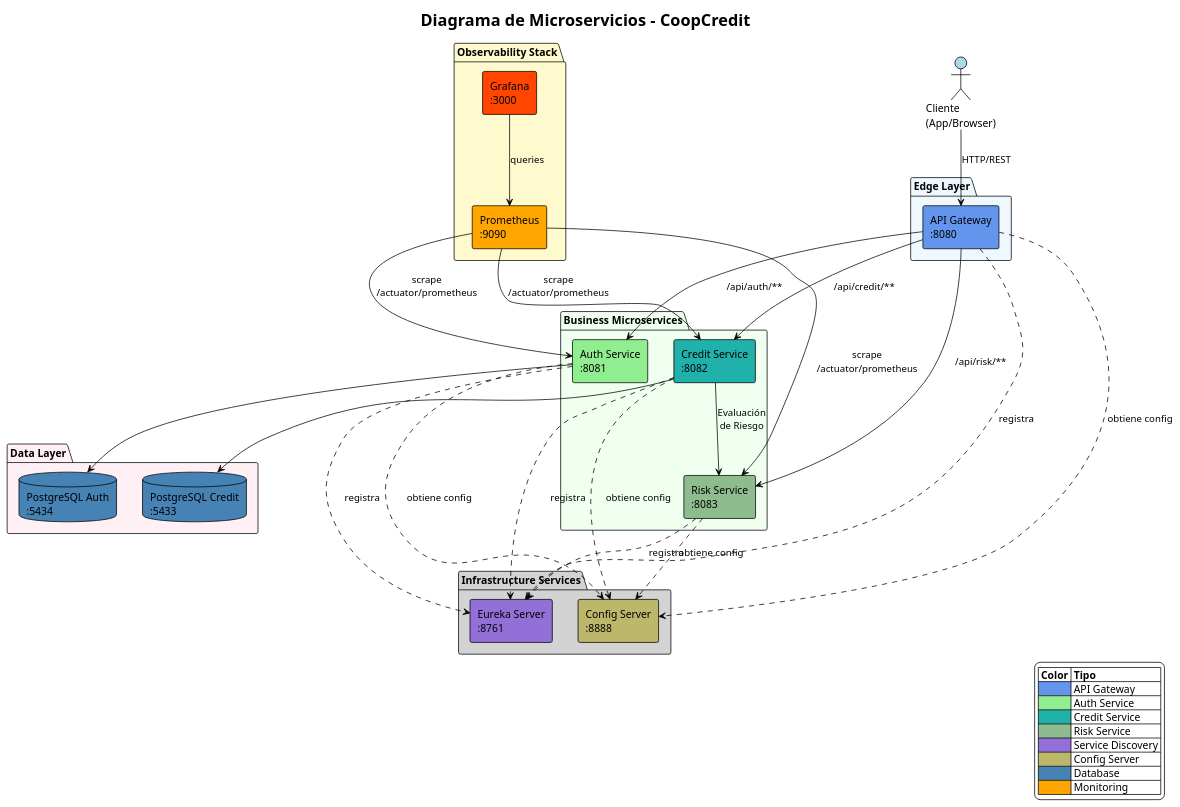
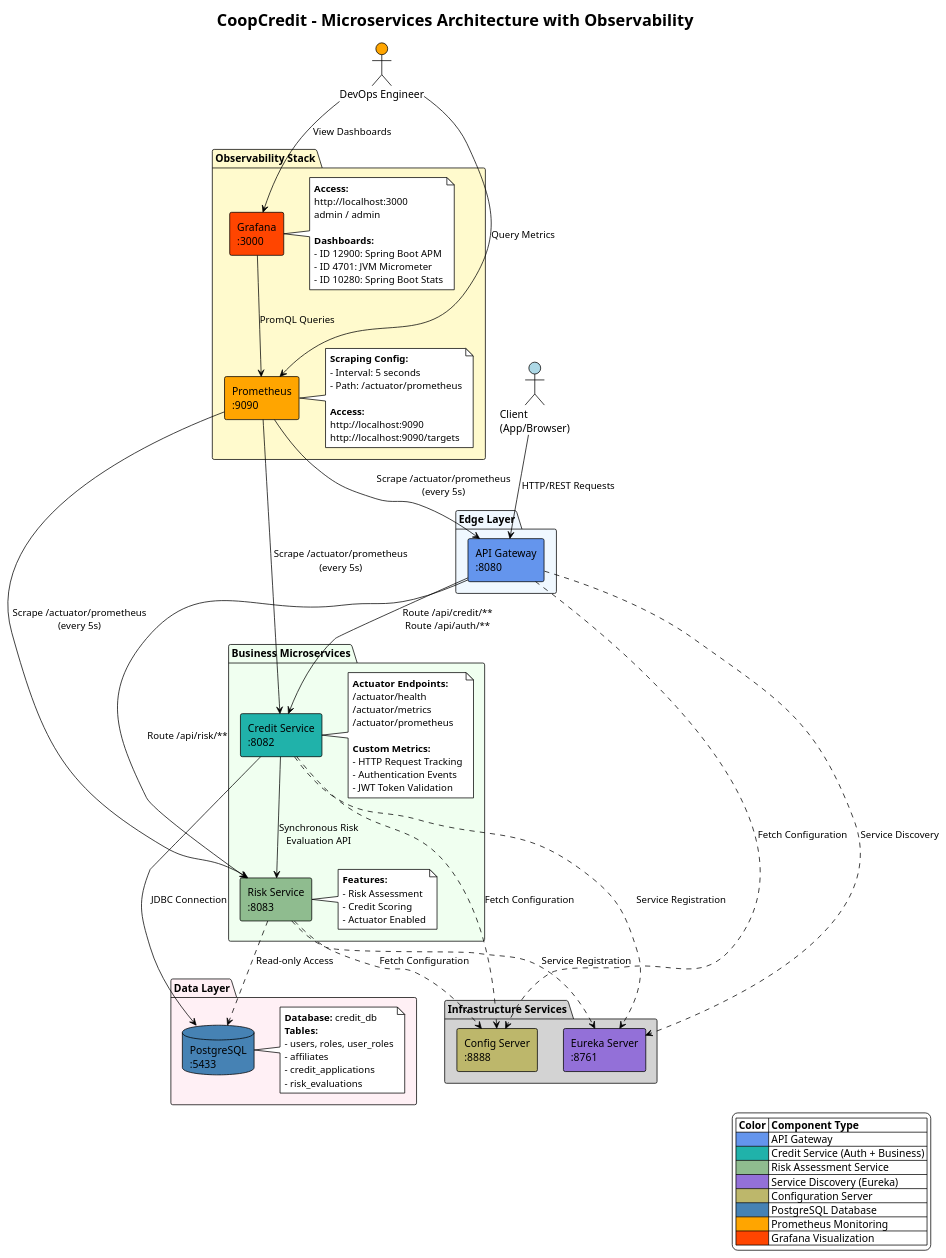
The diagram in docs/diagrams/microservices-architecture.puml (AlvaroN-dev/CoopCredit-test), drawn with PlantUML before and after one commit. The commit also changed 116 other files, not shown here.

```diff
--- a/docs/diagrams/microservices-architecture.puml
+++ b/docs/diagrams/microservices-architecture.puml
@@ -1,86 +1,131 @@
-@startuml CoopCredit - Diagrama de Microservicios
+@startuml CoopCredit - Microservices Architecture
 
 !theme plain
 skinparam componentStyle rectangle
 
-title Diagrama de Microservicios - CoopCredit
+title CoopCredit - Microservices Architecture with Observability
 
 ' ==================== CLIENTE ====================
-actor "Cliente\n(App/Browser)" as Client #LightBlue
+actor "Client\n(App/Browser)" as Client #LightBlue
+actor "DevOps Engineer" as DevOps #Orange
 
 ' ==================== CAPA EDGE ====================
 package "Edge Layer" as EdgeLayer #AliceBlue {
     component [API Gateway\n:8080] as Gateway #CornflowerBlue
 }
 
 ' ==================== SERVICIOS DE INFRAESTRUCTURA ====================
 package "Infrastructure Services" as InfraServices #LightGray {
     component [Config Server\n:8888] as ConfigServer #DarkKhaki
     component [Eureka Server\n:8761] as EurekaServer #MediumPurple
 }
 
 ' ==================== MICROSERVICIOS DE NEGOCIO ====================
 package "Business Microservices" as BusinessServices #Honeydew {
-    component [Auth Service\n:8081] as AuthService #LightGreen
     component [Credit Service\n:8082] as CreditService #LightSeaGreen
+    note right of CreditService
+        **Actuator Endpoints:**
+        /actuator/health
+        /actuator/metrics
+        /actuator/prometheus
+        
+        **Custom Metrics:**
+        - HTTP Request Tracking
+        - Authentication Events
+        - JWT Token Validation
+    end note
+    
     component [Risk Service\n:8083] as RiskService #DarkSeaGreen
+    note right of RiskService
+        **Features:**
+        - Risk Assessment
+        - Credit Scoring
+        - Actuator Enabled
+    end note
 }
 
 ' ==================== CAPA DE DATOS ====================
 package "Data Layer" as DataLayer #LavenderBlush {
-    database "PostgreSQL Auth\n:5434" as DbAuth #SteelBlue
-    database "PostgreSQL Credit\n:5433" as DbCredit #SteelBlue
+    database "PostgreSQL\n:5433" as DbCredit #SteelBlue
+    note right of DbCredit
+        **Database:** credit_db
+        **Tables:**
+        - users, roles, user_roles
+        - affiliates
+        - credit_applications
+        - risk_evaluations
+    end note
 }
 
 ' ==================== OBSERVABILIDAD ====================
 package "Observability Stack" as Observability #LemonChiffon {
     component [Prometheus\n:9090] as Prometheus #Orange
+    note right of Prometheus
+        **Scraping Config:**
+        - Interval: 5 seconds
+        - Path: /actuator/prometheus
+        
+        **Access:**
+        http://localhost:9090
+        http://localhost:9090/targets
+    end note
+    
     component [Grafana\n:3000] as Grafana #OrangeRed
+    note right of Grafana
+        **Access:**
+        http://localhost:3000
+        admin / admin
+        
+        **Dashboards:**
+        - ID 12900: Spring Boot APM
+        - ID 4701: JVM Micrometer
+        - ID 10280: Spring Boot Stats
+    end note
 }
 
 ' ==================== CONEXIONES PRINCIPALES ====================
-Client --> Gateway : HTTP/REST
+Client --> Gateway : "HTTP/REST Requests"
 
-Gateway --> AuthService : /api/auth/**
-Gateway --> CreditService : /api/credit/**
-Gateway --> RiskService : /api/risk/**
+Gateway --> CreditService : "Route /api/credit/**\nRoute /api/auth/**"
+Gateway --> RiskService : "Route /api/risk/**"
 
 ' ==================== CONEXIONES DE DATOS ====================
-AuthService --> DbAuth
-CreditService --> DbCredit
+CreditService --> DbCredit : "JDBC Connection"
+RiskService ..> DbCredit : "Read-only Access"
 
 ' ==================== COMUNICACIÓN INTER-SERVICIOS ====================
-CreditService --> RiskService : Evaluación\nde Riesgo
+CreditService --> RiskService : "Synchronous Risk\nEvaluation API"
 
 ' ==================== REGISTRO EN EUREKA ====================
-AuthService ..> EurekaServer : registra
-CreditService ..> EurekaServer : registra
-RiskService ..> EurekaServer : registra
-Gateway ..> EurekaServer : registra
+CreditService ..> EurekaServer : "Service Registration"
+RiskService ..> EurekaServer : "Service Registration"
+Gateway ..> EurekaServer : "Service Discovery"
 
 ' ==================== CONFIGURACIÓN CENTRALIZADA ====================
-AuthService ..> ConfigServer : obtiene config
-CreditService ..> ConfigServer : obtiene config
-RiskService ..> ConfigServer : obtiene config
-Gateway ..> ConfigServer : obtiene config
+CreditService ..> ConfigServer : "Fetch Configuration"
+RiskService ..> ConfigServer : "Fetch Configuration"
+Gateway ..> ConfigServer : "Fetch Configuration"
 
-' ==================== MÉTRICAS ====================
-Prometheus --> AuthService : scrape\n/actuator/prometheus
-Prometheus --> CreditService : scrape\n/actuator/prometheus
-Prometheus --> RiskService : scrape\n/actuator/prometheus
-Grafana --> Prometheus : queries
+' ==================== MÉTRICAS Y MONITOREO ====================
+Prometheus --> Gateway : "Scrape /actuator/prometheus\n(every 5s)"
+Prometheus --> CreditService : "Scrape /actuator/prometheus\n(every 5s)"
+Prometheus --> RiskService : "Scrape /actuator/prometheus\n(every 5s)"
+
+Grafana --> Prometheus : "PromQL Queries"
+DevOps --> Grafana : "View Dashboards"
+DevOps --> Prometheus : "Query Metrics"
 
 ' ==================== LEYENDA ====================
 legend right
-  |= Color |= Tipo |
+  |= Color |= Component Type |
   | <#CornflowerBlue> | API Gateway |
-  | <#LightGreen> | Auth Service |
-  | <#LightSeaGreen> | Credit Service |
-  | <#DarkSeaGreen> | Risk Service |
-  | <#MediumPurple> | Service Discovery |
-  | <#DarkKhaki> | Config Server |
-  | <#SteelBlue> | Database |
-  | <#Orange> | Monitoring |
+  | <#LightSeaGreen> | Credit Service (Auth + Business) |
+  | <#DarkSeaGreen> | Risk Assessment Service |
+  | <#MediumPurple> | Service Discovery (Eureka) |
+  | <#DarkKhaki> | Configuration Server |
+  | <#SteelBlue> | PostgreSQL Database |
+  | <#Orange> | Prometheus Monitoring |
+  | <#OrangeRed> | Grafana Visualization |
 endlegend
 
 @enduml
```
